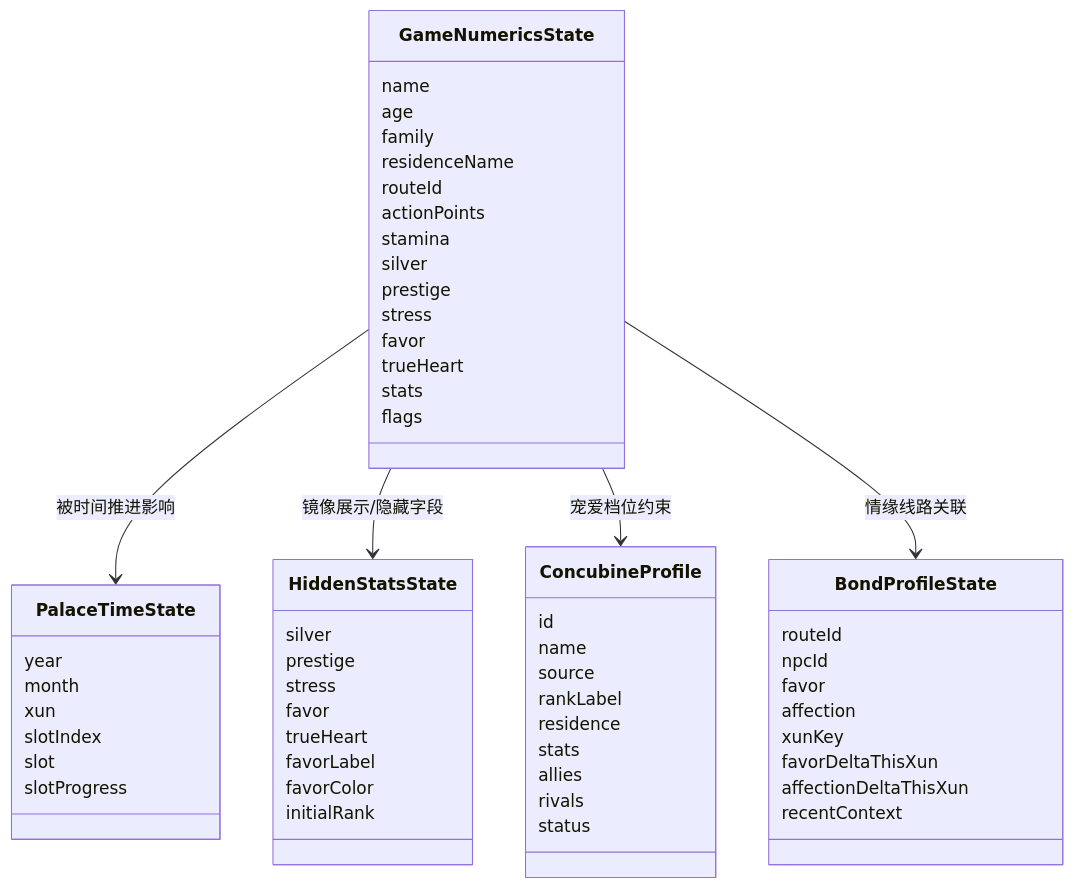
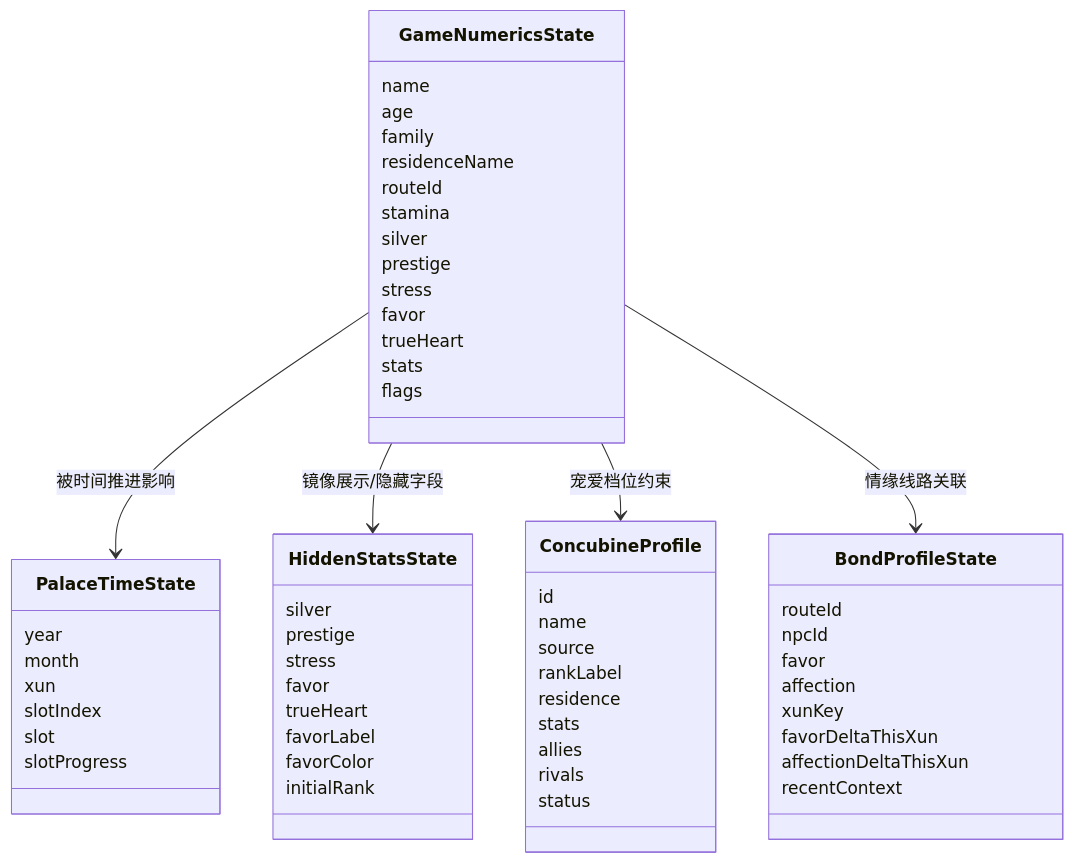
The sixth of 17 diagrams in 02-project-codex-ai-config-wiring-fix/docs/game-system-breakdown.md (changyikun/02-project-codex-ai-config-wiring-fix), drawn with Mermaid before and after one commit. The commit also changed other lines of this file and 26 other files, not shown here.

Commit message:
重构地图逻辑，修复bug

````diff
--- a/02-project-codex-ai-config-wiring-fix/docs/game-system-breakdown.md
+++ b/02-project-codex-ai-config-wiring-fix/docs/game-system-breakdown.md
@@ -237,67 +237,66 @@
 ```mermaid
 classDiagram
   class GameNumericsState {
     name
     age
     family
     residenceName
     routeId
-    actionPoints
     stamina
     silver
     prestige
     stress
     favor
     trueHeart
     stats
     flags
   }
 
   class PalaceTimeState {
     year
     month
     xun
     slotIndex
     slot
     slotProgress
   }
 
   class HiddenStatsState {
     silver
     prestige
     stress
     favor
     trueHeart
     favorLabel
     favorColor
     initialRank
   }
 
   class ConcubineProfile {
     id
     name
     source
     rankLabel
     residence
     stats
     allies
     rivals
     status
   }
 
   class BondProfileState {
     routeId
     npcId
     favor
     affection
     xunKey
     favorDeltaThisXun
     affectionDeltaThisXun
     recentContext
   }
 
   GameNumericsState --> PalaceTimeState : 被时间推进影响
   GameNumericsState --> HiddenStatsState : 镜像展示/隐藏字段
   GameNumericsState --> ConcubineProfile : 宠爱档位约束
   GameNumericsState --> BondProfileState : 情缘线路关联
 ```
````
